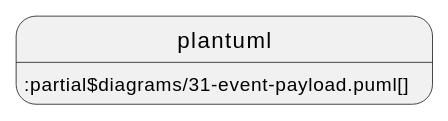
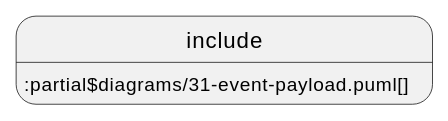
One commit to acplt/aas-specs changed the fourth of 18 diagrams in documentation/IDTA-01001/modules/ROOT/pages/spec-metamodel/submodel-elements.adoc. Above: the diagram before and after it, drawn with PlantUML. The commit also changed other lines of this file and 14 other files, not shown here.

First line of the commit message:
Revert "Use plantuml instead of include and test ./"

```diff
--- a/documentation/IDTA-01001/modules/ROOT/pages/spec-metamodel/submodel-elements.adoc
+++ b/documentation/IDTA-01001/modules/ROOT/pages/spec-metamodel/submodel-elements.adoc
@@ -191,4 +191,4 @@
 [plantuml, 31-event-payload, svg]
 ....
-plantuml::partial$diagrams/31-event-payload.puml[]
+include::partial$diagrams/31-event-payload.puml[]
 ....
```
